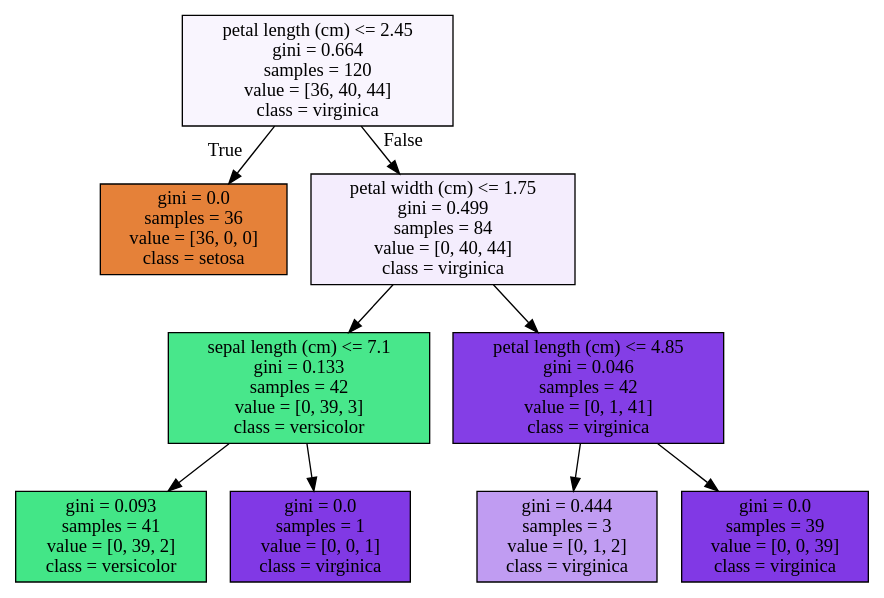
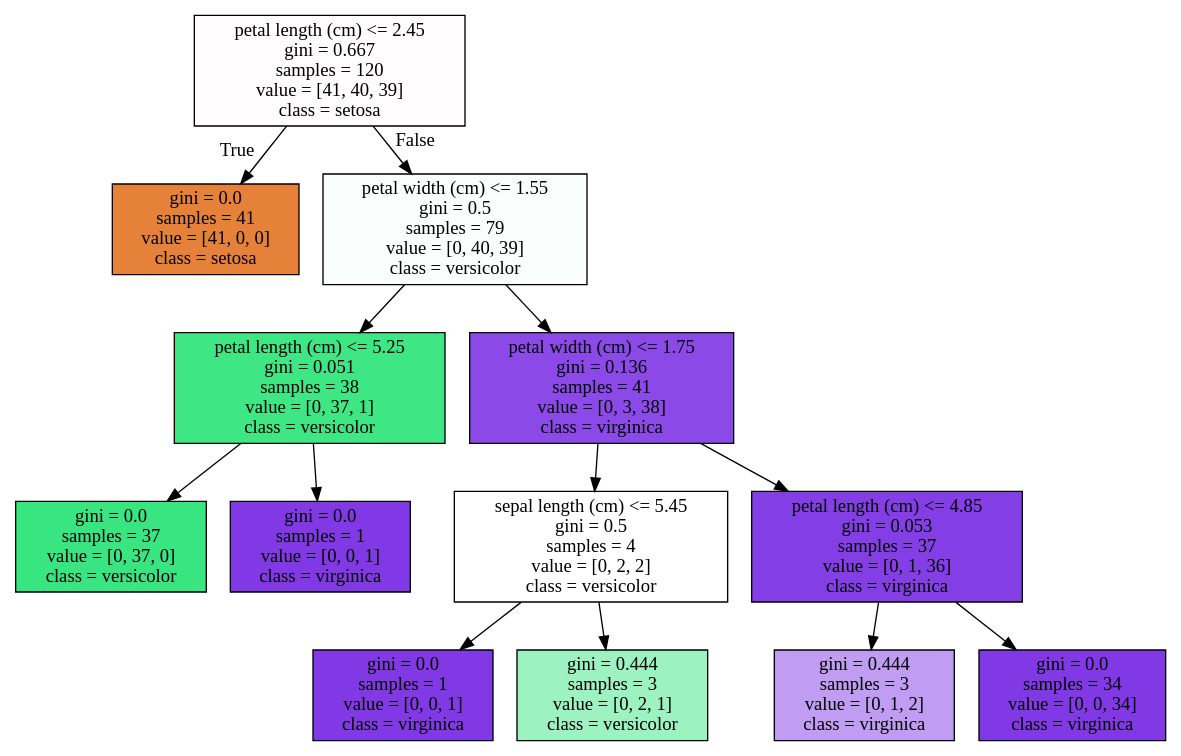
Before and after one commit to minwooking/03.Machine-Learning-Lecture-2021: the diagram in 03.분류/tree3.dot, drawn with Graphviz. The commit also changed 11 other files, not shown here.

```diff
--- a/03.분류/tree3.dot
+++ b/03.분류/tree3.dot
@@ -1,20 +1,28 @@
 digraph Tree {
 node [shape=box, style="filled", color="black"] ;
-0 [label="petal length (cm) <= 2.45\ngini = 0.664\nsamples = 120\nvalue = [36, 40, 44]\nclass = virginica", fillcolor="#f9f5fe"] ;
-1 [label="gini = 0.0\nsamples = 36\nvalue = [36, 0, 0]\nclass = setosa", fillcolor="#e58139"] ;
+0 [label="petal length (cm) <= 2.45\ngini = 0.667\nsamples = 120\nvalue = [41, 40, 39]\nclass = setosa", fillcolor="#fffdfd"] ;
+1 [label="gini = 0.0\nsamples = 41\nvalue = [41, 0, 0]\nclass = setosa", fillcolor="#e58139"] ;
 0 -> 1 [labeldistance=2.5, labelangle=45, headlabel="True"] ;
-2 [label="petal width (cm) <= 1.75\ngini = 0.499\nsamples = 84\nvalue = [0, 40, 44]\nclass = virginica", fillcolor="#f4edfd"] ;
+2 [label="petal width (cm) <= 1.55\ngini = 0.5\nsamples = 79\nvalue = [0, 40, 39]\nclass = versicolor", fillcolor="#fafefc"] ;
 0 -> 2 [labeldistance=2.5, labelangle=-45, headlabel="False"] ;
-3 [label="sepal length (cm) <= 7.1\ngini = 0.133\nsamples = 42\nvalue = [0, 39, 3]\nclass = versicolor", fillcolor="#48e78b"] ;
+3 [label="petal length (cm) <= 5.25\ngini = 0.051\nsamples = 38\nvalue = [0, 37, 1]\nclass = versicolor", fillcolor="#3ee684"] ;
 2 -> 3 ;
-4 [label="gini = 0.093\nsamples = 41\nvalue = [0, 39, 2]\nclass = versicolor", fillcolor="#43e687"] ;
+4 [label="gini = 0.0\nsamples = 37\nvalue = [0, 37, 0]\nclass = versicolor", fillcolor="#39e581"] ;
 3 -> 4 ;
 5 [label="gini = 0.0\nsamples = 1\nvalue = [0, 0, 1]\nclass = virginica", fillcolor="#8139e5"] ;
 3 -> 5 ;
-6 [label="petal length (cm) <= 4.85\ngini = 0.046\nsamples = 42\nvalue = [0, 1, 41]\nclass = virginica", fillcolor="#843ee6"] ;
+6 [label="petal width (cm) <= 1.75\ngini = 0.136\nsamples = 41\nvalue = [0, 3, 38]\nclass = virginica", fillcolor="#8b49e7"] ;
 2 -> 6 ;
-7 [label="gini = 0.444\nsamples = 3\nvalue = [0, 1, 2]\nclass = virginica", fillcolor="#c09cf2"] ;
+7 [label="sepal length (cm) <= 5.45\ngini = 0.5\nsamples = 4\nvalue = [0, 2, 2]\nclass = versicolor", fillcolor="#ffffff"] ;
 6 -> 7 ;
-8 [label="gini = 0.0\nsamples = 39\nvalue = [0, 0, 39]\nclass = virginica", fillcolor="#8139e5"] ;
-6 -> 8 ;
+8 [label="gini = 0.0\nsamples = 1\nvalue = [0, 0, 1]\nclass = virginica", fillcolor="#8139e5"] ;
+7 -> 8 ;
+9 [label="gini = 0.444\nsamples = 3\nvalue = [0, 2, 1]\nclass = versicolor", fillcolor="#9cf2c0"] ;
+7 -> 9 ;
+10 [label="petal length (cm) <= 4.85\ngini = 0.053\nsamples = 37\nvalue = [0, 1, 36]\nclass = virginica", fillcolor="#843ee6"] ;
+6 -> 10 ;
+11 [label="gini = 0.444\nsamples = 3\nvalue = [0, 1, 2]\nclass = virginica", fillcolor="#c09cf2"] ;
+10 -> 11 ;
+12 [label="gini = 0.0\nsamples = 34\nvalue = [0, 0, 34]\nclass = virginica", fillcolor="#8139e5"] ;
+10 -> 12 ;
 }
```
